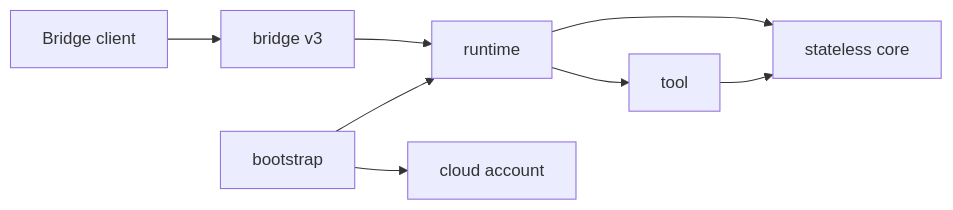
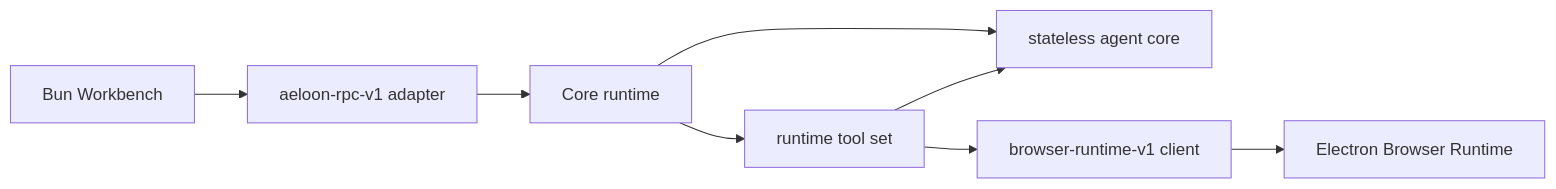
One commit to AetherHeart-AI/Aeloon-runtime changed the diagram in docs/architecture.md. Above: the diagram before and after it, drawn with Mermaid. The commit also changed other lines of this file and 37 other files, not shown here.

Commit message:
refactor: make browser use a first-class runtime capability

````diff
--- a/docs/architecture.md
+++ b/docs/architecture.md
@@ -5,10 +6,10 @@
 ```mermaid
 flowchart LR
-    Client["Bridge client"] --> Bridge["bridge v3"]
-    Bridge --> Runtime["runtime"]
-    Runtime --> Core["stateless core"]
-    Runtime --> Tool["tool"]
-    Tool --> Core
-    Bootstrap["bootstrap"] --> Runtime
-    Bootstrap --> Cloud["cloud account"]
+    Workbench["Bun Workbench"] --> RPC["aeloon-rpc-v1 adapter"]
+    RPC --> Runtime["Core runtime"]
+    Runtime --> Agent["stateless agent core"]
+    Runtime --> Tools["runtime tool set"]
+    Tools --> Agent
+    Tools --> BrowserPort["browser-runtime-v1 client"]
+    BrowserPort --> BrowserRuntime["Electron Browser Runtime"]
 ```
````
